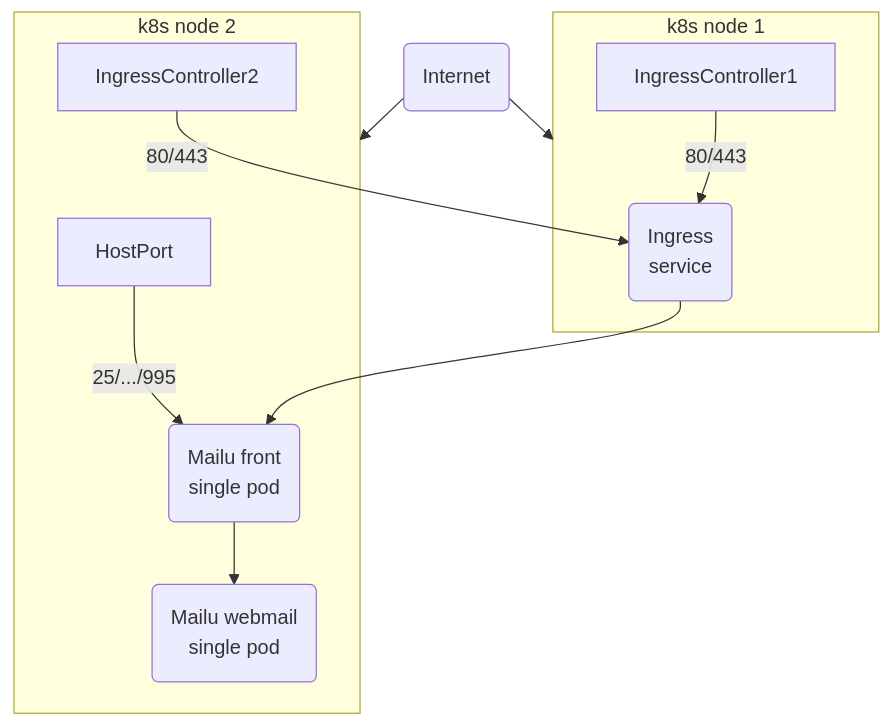
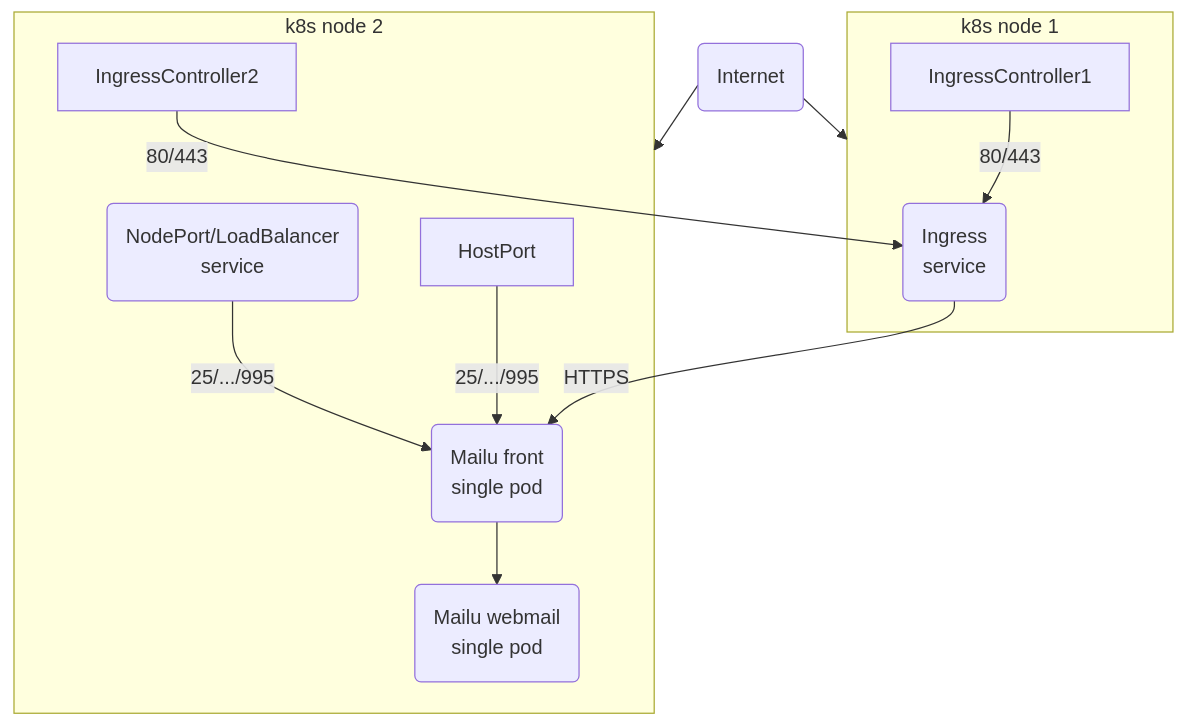
One commit to Mailu/helm-charts changed the diagram in mailu/SETUPS.md. Above: the diagram before and after it, drawn with Mermaid. The commit also changed other lines of this file, not shown here.

Commit message:
:memo: one diagram for simple HostPort,NodePort,LoadBalancer setup

````diff
--- a/mailu/SETUPS.md
+++ b/mailu/SETUPS.md
@@ -19,22 +17,25 @@
 ```mermaid
 flowchart TD
     %% entities
     Internet(Internet)
+    FrontService(NodePort/LoadBalancer\nservice)
     Front(Mailu front\nsingle pod)
     Webmail(Mailu webmail\nsingle pod)
     Ingress(Ingress\nservice)
 
     Internet --> Node1
     Internet --> Node2
 
     subgraph Node1[k8s node 1]
         IngressController1 -- 80/443 --> Ingress
     end
 
     subgraph Node2[k8s node 2]
+        FrontService -- 25/.../995 --> Front
         HostPort -- 25/.../995 --> Front
+
         IngressController2 -- 80/443 --> Ingress
-        Ingress --> Front
+        Ingress -- HTTPS --> Front
         Front --> Webmail
     end
 ```
````
